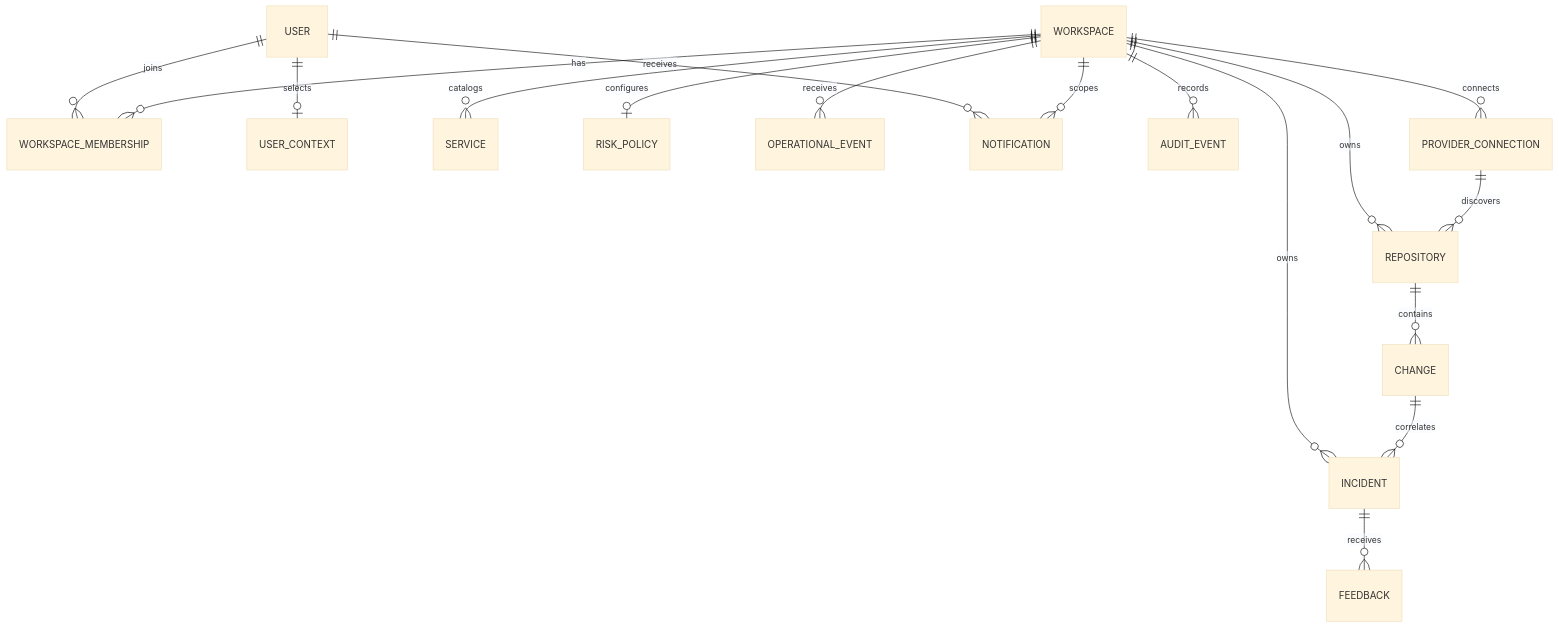
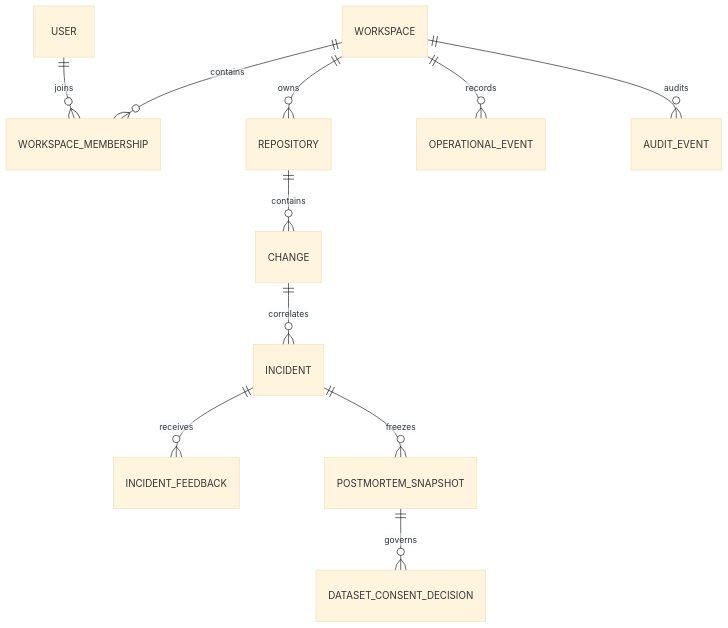
The diagram in docs/DATA_MODEL.md (kingggg5/deployguardai), drawn with Mermaid (base theme) before and after one commit. The commit also changed other lines of this file and 32 other files, not shown here.

First line of the commit message:
feat: add governed operational dataset promotion (#20)

````diff
--- a/docs/DATA_MODEL.md
+++ b/docs/DATA_MODEL.md
@@ -24,19 +21,13 @@
 ```mermaid
 erDiagram
     USER ||--o{ WORKSPACE_MEMBERSHIP : joins
-    WORKSPACE ||--o{ WORKSPACE_MEMBERSHIP : has
-    USER ||--o| USER_CONTEXT : selects
+    WORKSPACE ||--o{ WORKSPACE_MEMBERSHIP : contains
     WORKSPACE ||--o{ REPOSITORY : owns
-    WORKSPACE ||--o{ SERVICE : catalogs
-    WORKSPACE ||--o| RISK_POLICY : configures
-    WORKSPACE ||--o{ OPERATIONAL_EVENT : receives
-    WORKSPACE ||--o{ INCIDENT : owns
-    INCIDENT ||--o{ FEEDBACK : receives
-    USER ||--o{ NOTIFICATION : receives
-    WORKSPACE ||--o{ NOTIFICATION : scopes
-    WORKSPACE ||--o{ AUDIT_EVENT : records
-    WORKSPACE ||--o{ PROVIDER_CONNECTION : connects
-    PROVIDER_CONNECTION ||--o{ REPOSITORY : discovers
     REPOSITORY ||--o{ CHANGE : contains
     CHANGE ||--o{ INCIDENT : correlates
+    INCIDENT ||--o{ INCIDENT_FEEDBACK : receives
+    INCIDENT ||--o{ POSTMORTEM_SNAPSHOT : freezes
+    POSTMORTEM_SNAPSHOT ||--o{ DATASET_CONSENT_DECISION : governs
+    WORKSPACE ||--o{ OPERATIONAL_EVENT : records
+    WORKSPACE ||--o{ AUDIT_EVENT : audits
 ```
````
